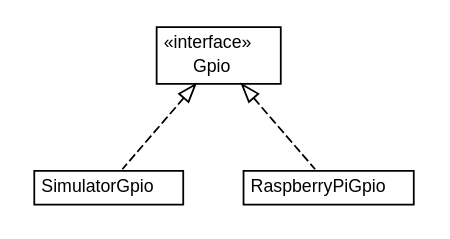
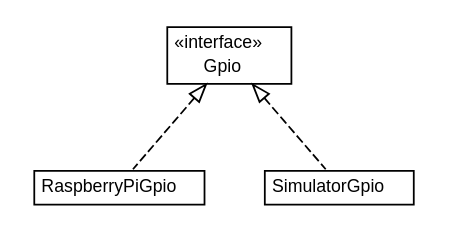
One commit to ericpinet/ConnectLife changed the diagram in javadoc/coreserver/com/connectlife/coreserver/gpio/com.connectlife.coreserver.gpio.dot. Above: the diagram before and after it, drawn with Graphviz. The commit also changed 434 other files, not shown here.

```diff
--- a/javadoc/coreserver/com/connectlife/coreserver/gpio/com.connectlife.coreserver.gpio.dot
+++ b/javadoc/coreserver/com/connectlife/coreserver/gpio/com.connectlife.coreserver.gpio.dot
@@ -1,35 +1,35 @@
 #!/usr/local/bin/dot
 #
 # Class diagram 
 # Generated by UMLGraph version 5.1 (http://www.umlgraph.org/)
 #
 
 digraph G {
 	edge [fontname="Helvetica",fontsize=10,labelfontname="Helvetica",labelfontsize=10];
 	node [fontname="Helvetica",fontsize=10,shape=plaintext];
 	nodesep=0.25;
 	ranksep=0.5;
+	// com.connectlife.coreserver.gpio.RaspberryPiGpio
+	c448 [label=<<table title="com.connectlife.coreserver.gpio.RaspberryPiGpio" border="0" cellborder="1" cellspacing="0" cellpadding="2" port="p" href="./RaspberryPiGpio.html">
+		<tr><td><table border="0" cellspacing="0" cellpadding="1">
+<tr><td align="center" balign="center"> RaspberryPiGpio </td></tr>
+		</table></td></tr>
+		</table>>, fontname="Helvetica", fontcolor="black", fontsize=10.0];
 	// com.connectlife.coreserver.gpio.SimulatorGpio
-	c321 [label=<<table title="com.connectlife.coreserver.gpio.SimulatorGpio" border="0" cellborder="1" cellspacing="0" cellpadding="2" port="p" href="./SimulatorGpio.html">
+	c449 [label=<<table title="com.connectlife.coreserver.gpio.SimulatorGpio" border="0" cellborder="1" cellspacing="0" cellpadding="2" port="p" href="./SimulatorGpio.html">
 		<tr><td><table border="0" cellspacing="0" cellpadding="1">
 <tr><td align="center" balign="center"> SimulatorGpio </td></tr>
 		</table></td></tr>
 		</table>>, fontname="Helvetica", fontcolor="black", fontsize=10.0];
-	// com.connectlife.coreserver.gpio.RaspberryPiGpio
-	c322 [label=<<table title="com.connectlife.coreserver.gpio.RaspberryPiGpio" border="0" cellborder="1" cellspacing="0" cellpadding="2" port="p" href="./RaspberryPiGpio.html">
-		<tr><td><table border="0" cellspacing="0" cellpadding="1">
-<tr><td align="center" balign="center"> RaspberryPiGpio </td></tr>
-		</table></td></tr>
-		</table>>, fontname="Helvetica", fontcolor="black", fontsize=10.0];
 	// com.connectlife.coreserver.gpio.Gpio
-	c323 [label=<<table title="com.connectlife.coreserver.gpio.Gpio" border="0" cellborder="1" cellspacing="0" cellpadding="2" port="p" href="./Gpio.html">
+	c450 [label=<<table title="com.connectlife.coreserver.gpio.Gpio" border="0" cellborder="1" cellspacing="0" cellpadding="2" port="p" href="./Gpio.html">
 		<tr><td><table border="0" cellspacing="0" cellpadding="1">
 <tr><td align="center" balign="center"> &#171;interface&#187; </td></tr>
 <tr><td align="center" balign="center"> Gpio </td></tr>
 		</table></td></tr>
 		</table>>, fontname="Helvetica", fontcolor="black", fontsize=10.0];
+	//com.connectlife.coreserver.gpio.RaspberryPiGpio implements com.connectlife.coreserver.gpio.Gpio
+	c450:p -> c448:p [dir=back,arrowtail=empty,style=dashed];
 	//com.connectlife.coreserver.gpio.SimulatorGpio implements com.connectlife.coreserver.gpio.Gpio
-	c323:p -> c321:p [dir=back,arrowtail=empty,style=dashed];
-	//com.connectlife.coreserver.gpio.RaspberryPiGpio implements com.connectlife.coreserver.gpio.Gpio
-	c323:p -> c322:p [dir=back,arrowtail=empty,style=dashed];
+	c450:p -> c449:p [dir=back,arrowtail=empty,style=dashed];
 }
```
